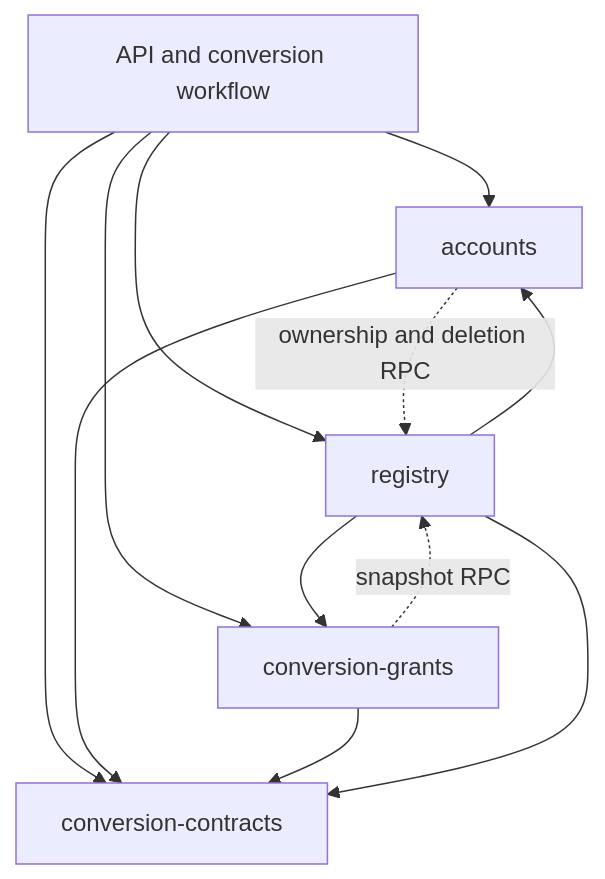
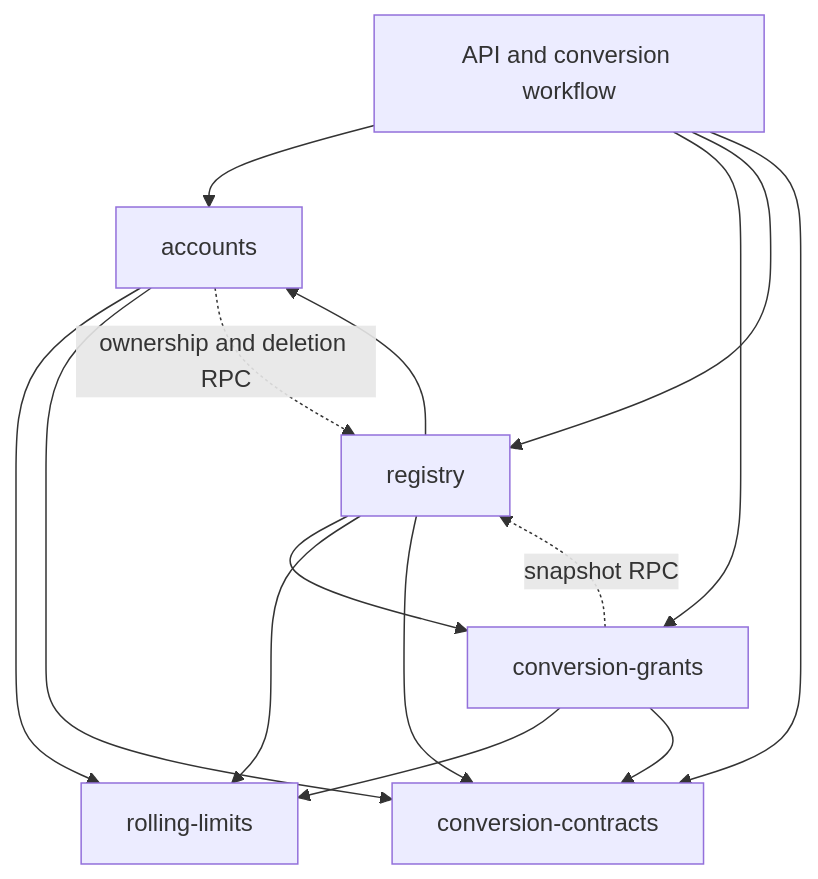
One commit to patricktree/cup changed the second of 2 diagrams in docs/architecture/README.md. Above: the diagram before and after it, drawn with Mermaid. The commit also changed other lines of this file and 43 other files, not shown here.

````diff
--- a/docs/architecture/README.md
+++ b/docs/architecture/README.md
@@ -62,14 +62,17 @@
 ```mermaid
 flowchart TD
     API[API and conversion workflow] --> Accounts[accounts]
     API --> Grants[conversion-grants]
     API --> Registry[registry]
     API --> Contracts[conversion-contracts]
     Registry --> Accounts
     Registry --> Grants
+    Accounts --> Limits[rolling-limits]
+    Grants --> Limits
+    Registry --> Limits
     Accounts --> Contracts
     Grants --> Contracts
     Registry --> Contracts
     Accounts -. ownership and deletion RPC .-> Registry
     Grants -. snapshot RPC .-> Registry
 ```
````
